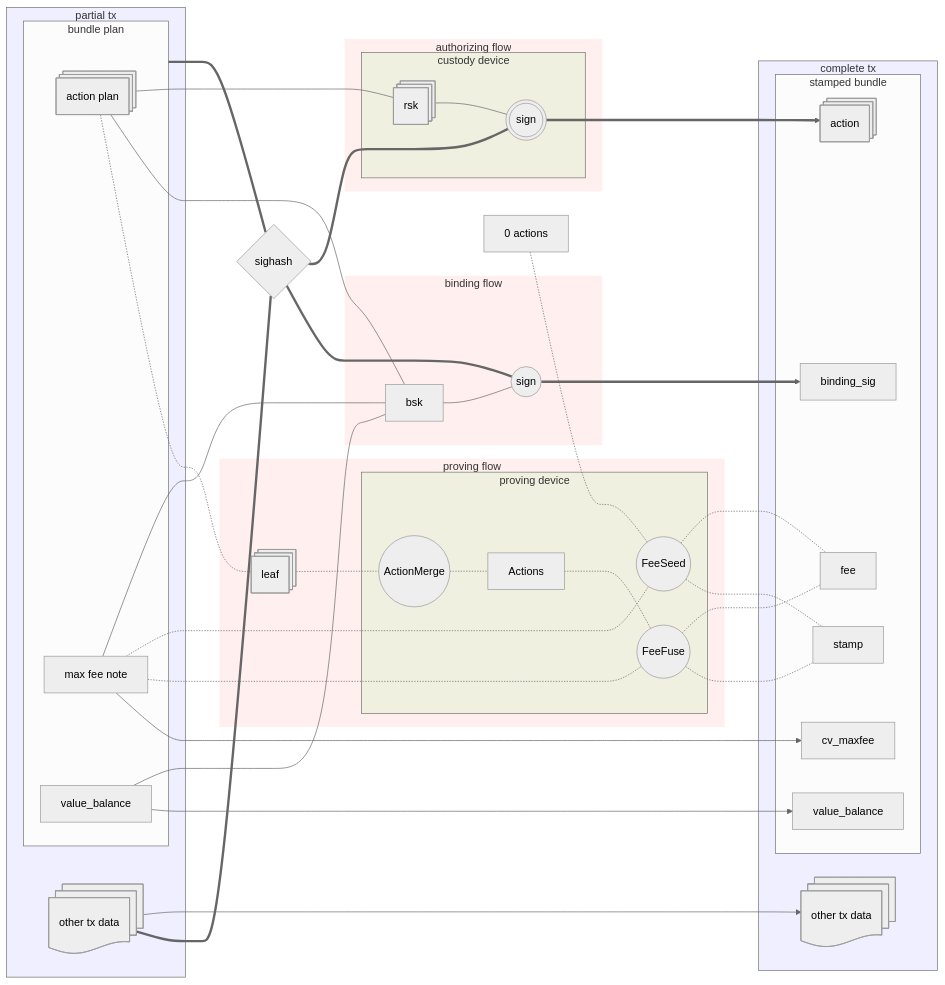
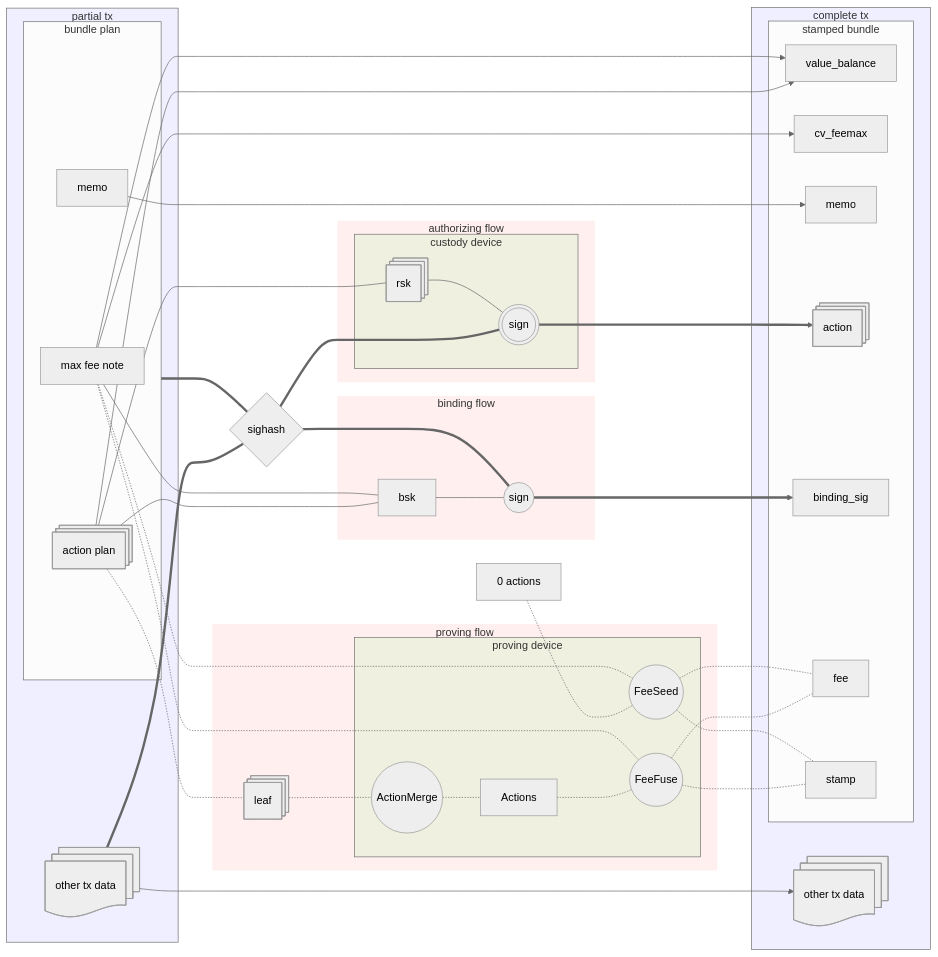
The second of 3 diagrams in book/src/authorization.md (tachyon-zcash/tachyon), drawn with Mermaid (neutral theme) before and after one commit. The commit also changed other lines of this file and 16 other files, not shown here.

````diff
--- a/book/src/authorization.md
+++ b/book/src/authorization.md
@@ -182,77 +182,79 @@
 ```mermaid
 flowchart LR
     style proving fill:#ff000010,stroke:none
     style authorization fill:#ff000010,stroke:none
     style binding fill:#ff000010,stroke:none
 
     style custody fill:#00ff0010
     style prover fill:#00ff0010
 
     style pczt fill:#0000ff10
     style tx fill:#0000ff10
 
 
     subgraph pczt[partial tx]
         subgraph bundle_plan["bundle plan"]
             action_plan@{ shape: st-rect, label: "action plan" }
             max_fee_note["max fee note"]
-            value_balance
+            memo
         end
         other1@{ shape: st-doc, label: "other tx data" } 
     end
     pczt ~~~ sighash{sighash}
     bundle_plan & other1 === sighash 
 
 
-    value_balance --> value_balance_2[value_balance]
-    max_fee_note --> cv_maxfee
+    action_plan & max_fee_note --> value_balance
+    max_fee_note --> cv_feemax
+    memo --> memo_2[memo]
 
     subgraph tx[complete tx]
         subgraph bundle["stamped bundle"]
-            value_balance_2[value_balance]
+            value_balance
             action@{ shape: st-rect }
-            cv_maxfee
+            cv_feemax
             binding_sig
+            memo_2[memo]
             fee
             stamp
         end
         other2@{ shape: st-doc, label: "other tx data" }
     end
 
 
 
     subgraph proving["proving flow"]
         leaf@{ shape: st-rect, label: "leaf" }
         subgraph prover["proving device"]
             merge((ActionMerge))
             actions[Actions]
             fee_fuse((FeeFuse))
             fee_seed((FeeSeed))
         end
     end
     action_plan -.- leaf -.- merge -.- actions -.- fee_fuse -.- stamp
     zero_actions["0 actions"] -.- fee_seed -.- stamp
     max_fee_note -.- fee_fuse & fee_seed -.- fee
 
 
     sighash ~~~ binding
     subgraph binding["binding flow"]
         bsk 
         sign_binding_sig(("sign"))
     end
-    action_plan & max_fee_note & value_balance --- bsk --- sign_binding_sig ==> binding_sig
+    action_plan & max_fee_note --- bsk --- sign_binding_sig ==> binding_sig
     sighash === sign_binding_sig
 
     sighash ~~~ authorization
     subgraph authorization["authorizing flow"]
         subgraph custody["custody device"]
             rsk@{ shape: st-rect }
             sign_action((("sign")))
         end
     end
     sighash === sign_action
     action_plan --- rsk --- sign_action ==> action
 
     other1 --> other2
     pczt ~~~ sighash
 ```
````
